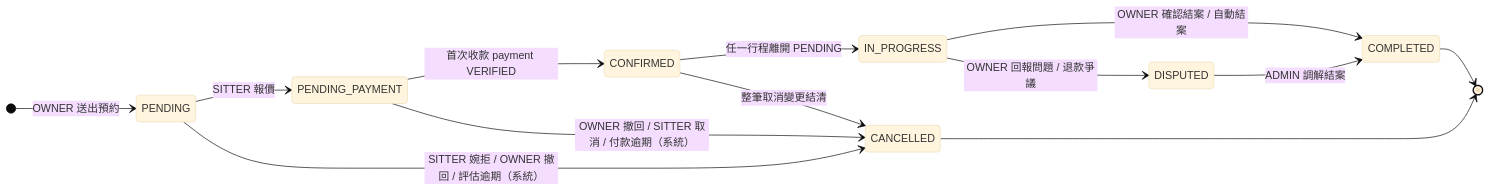
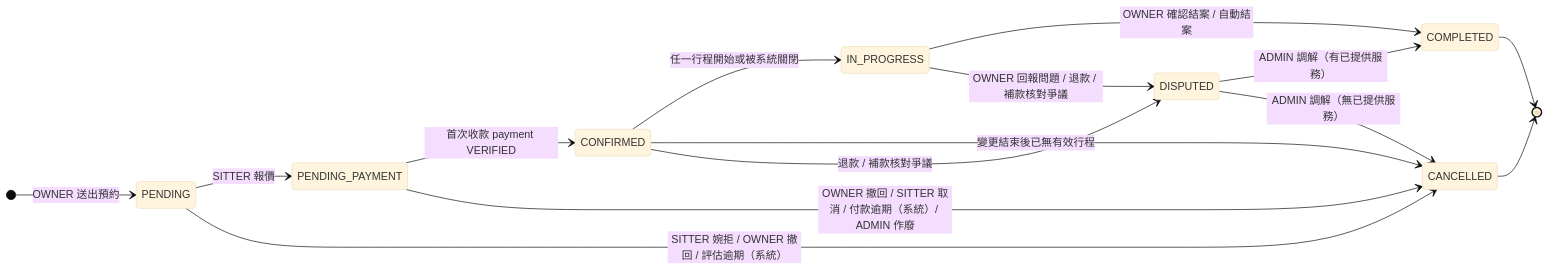
One commit to willchiangch/cat-sitter-project changed the first of 3 diagrams in docs/sa/00-DOMAIN-BASELINE.md. Above: the diagram before and after it, drawn with Mermaid (base theme). The commit also changed other lines of this file and 4 other files, not shown here.

````diff
--- a/docs/sa/00-DOMAIN-BASELINE.md
+++ b/docs/sa/00-DOMAIN-BASELINE.md
@@ -79,16 +79,18 @@
 ```mermaid
 stateDiagram-v2
     direction LR
     [*] --> PENDING: OWNER 送出預約
     PENDING --> PENDING_PAYMENT: SITTER 報價
     PENDING --> CANCELLED: SITTER 婉拒 / OWNER 撤回 / 評估逾期（系統）
     PENDING_PAYMENT --> CONFIRMED: 首次收款 payment VERIFIED
-    PENDING_PAYMENT --> CANCELLED: OWNER 撤回 / SITTER 取消 / 付款逾期（系統）
-    CONFIRMED --> IN_PROGRESS: 任一行程離開 PENDING
-    CONFIRMED --> CANCELLED: 整筆取消變更結清
+    PENDING_PAYMENT --> CANCELLED: OWNER 撤回 / SITTER 取消 / 付款逾期（系統）/ ADMIN 作廢
+    CONFIRMED --> IN_PROGRESS: 任一行程開始或被系統關閉
+    CONFIRMED --> CANCELLED: 變更結束後已無有效行程
+    CONFIRMED --> DISPUTED: 退款 / 補款核對爭議
     IN_PROGRESS --> COMPLETED: OWNER 確認結案 / 自動結案
-    IN_PROGRESS --> DISPUTED: OWNER 回報問題 / 退款爭議
-    DISPUTED --> COMPLETED: ADMIN 調解結案
+    IN_PROGRESS --> DISPUTED: OWNER 回報問題 / 退款 / 補款核對爭議
+    DISPUTED --> COMPLETED: ADMIN 調解（有已提供服務）
+    DISPUTED --> CANCELLED: ADMIN 調解（無已提供服務）
     COMPLETED --> [*]
     CANCELLED --> [*]
 ```
````
